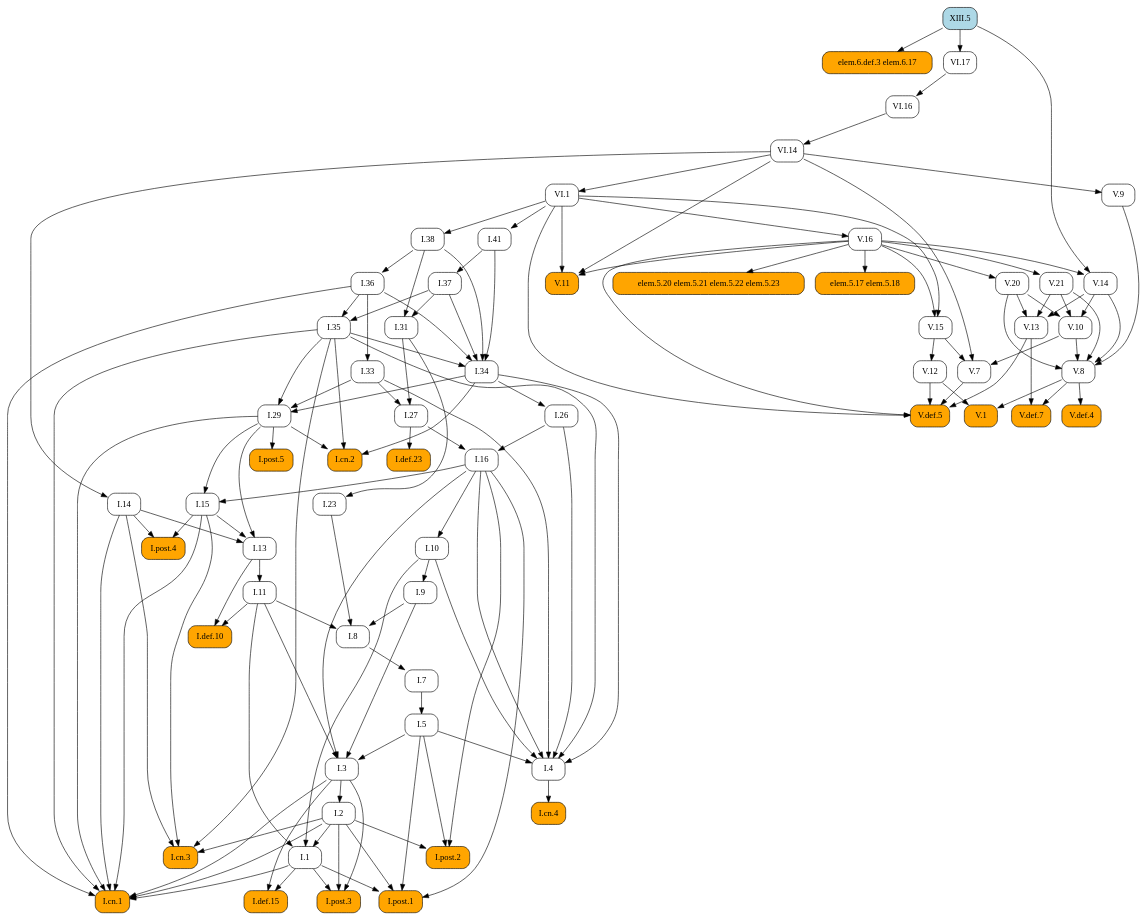
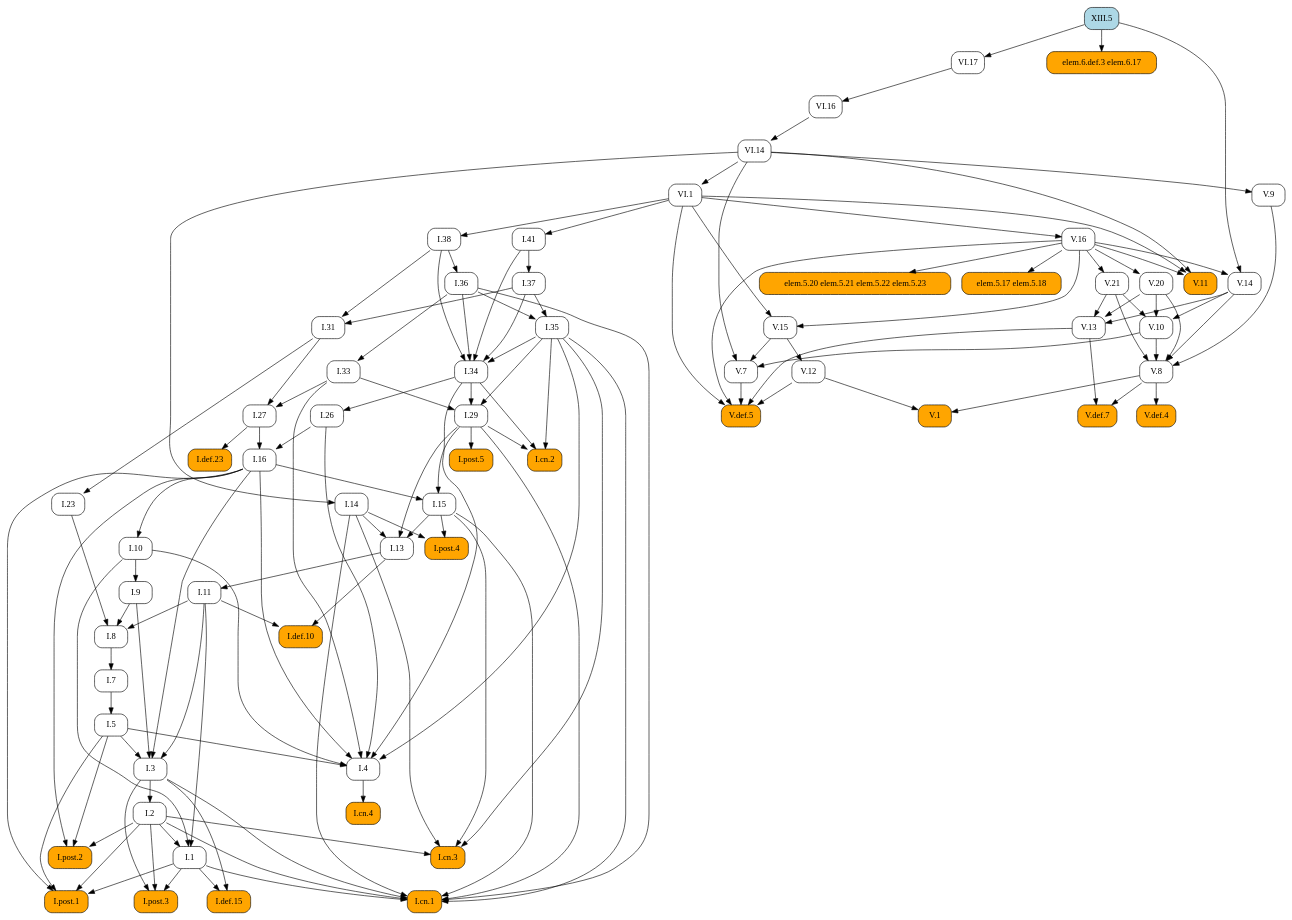
One commit to geometor/elements changed the diagram in docsrc/heath/XIII/5/index.rst. Above: the diagram before and after it, drawn with Graphviz. The commit also changed other lines of this file and 1029 other files, not shown here.

```diff
--- a/docsrc/heath/XIII/5/index.rst
+++ b/docsrc/heath/XIII/5/index.rst
@@ -47,181 +47,110 @@
    digraph {
      rankdir="TB";
      node [shape=box, style=rounded];
-     "V.1" [style="rounded,filled", fillcolor=orange, URL="/heath/V/1/", target="_top"];
+     "I.def.10" [style="rounded,filled", fillcolor=orange, URL="/heath/I/def.10/", target="_top"];
+     "I.11" [URL="/heath/I/11/", target="_top"];
+     "I.post.4" [style="rounded,filled", fillcolor=orange, URL="/heath/I/post.4/", target="_top"];
+     "I.1" [URL="/heath/I/1/", target="_top"];
+     "I.26" [URL="/heath/I/26/", target="_top"];
+     "V.14" [URL="/heath/V/14/", target="_top"];
+     "V.def.5" [style="rounded,filled", fillcolor=orange, URL="/heath/V/def.5/", target="_top"];
+     "I.29" [URL="/heath/I/29/", target="_top"];
+     "V.12" [URL="/heath/V/12/", target="_top"];
+     "I.cn.2" [style="rounded,filled", fillcolor=orange, URL="/heath/I/cn.2/", target="_top"];
+     "V.10" [URL="/heath/V/10/", target="_top"];
+     "V.13" [URL="/heath/V/13/", target="_top"];
+     "V.11" [style="rounded,filled", fillcolor=orange, URL="/heath/V/11/", target="_top"];
+     "V.20" [URL="/heath/V/20/", target="_top"];
+     "I.def.15" [style="rounded,filled", fillcolor=orange, URL="/heath/I/def.15/", target="_top"];
+     "elem.6.def.3 elem.6.17" [style="rounded,filled", fillcolor=orange];
+     "V.15" [URL="/heath/V/15/", target="_top"];
+     "VI.1" [URL="/heath/VI/1/", target="_top"];
+     "I.post.3" [style="rounded,filled", fillcolor=orange, URL="/heath/I/post.3/", target="_top"];
+     "I.cn.1" [style="rounded,filled", fillcolor=orange, URL="/heath/I/cn.1/", target="_top"];
      "I.cn.3" [style="rounded,filled", fillcolor=orange, URL="/heath/I/cn.3/", target="_top"];
-     "I.29" [URL="/heath/I/29/", target="_top"];
-     "I.7" [URL="/heath/I/7/", target="_top"];
+     "V.7" [URL="/heath/V/7/", target="_top"];
+     "VI.17" [URL="/heath/VI/17/", target="_top"];
+     "I.14" [URL="/heath/I/14/", target="_top"];
+     "V.9" [URL="/heath/V/9/", target="_top"];
+     "V.16" [URL="/heath/V/16/", target="_top"];
+     "I.23" [URL="/heath/I/23/", target="_top"];
+     "I.post.1" [style="rounded,filled", fillcolor=orange, URL="/heath/I/post.1/", target="_top"];
+     "XIII.5" [style="rounded,filled", fillcolor=lightblue, URL="/heath/XIII/5/", target="_top"];
+     "I.35" [URL="/heath/I/35/", target="_top"];
+     "V.8" [URL="/heath/V/8/", target="_top"];
+     "I.41" [URL="/heath/I/41/", target="_top"];
+     "I.36" [URL="/heath/I/36/", target="_top"];
      "I.27" [URL="/heath/I/27/", target="_top"];
-     "I.38" [URL="/heath/I/38/", target="_top"];
-     "V.16" [URL="/heath/V/16/", target="_top"];
-     "V.15" [URL="/heath/V/15/", target="_top"];
      "I.37" [URL="/heath/I/37/", target="_top"];
      "I.34" [URL="/heath/I/34/", target="_top"];
-     "V.20" [URL="/heath/V/20/", target="_top"];
+     "I.3" [URL="/heath/I/3/", target="_top"];
+     "I.7" [URL="/heath/I/7/", target="_top"];
+     "I.2" [URL="/heath/I/2/", target="_top"];
+     "I.4" [URL="/heath/I/4/", target="_top"];
+     "I.def.23" [style="rounded,filled", fillcolor=orange, URL="/heath/I/def.23/", target="_top"];
+     "I.13" [URL="/heath/I/13/", target="_top"];
+     "I.33" [URL="/heath/I/33/", target="_top"];
+     "I.31" [URL="/heath/I/31/", target="_top"];
+     "I.post.2" [style="rounded,filled", fillcolor=orange, URL="/heath/I/post.2/", target="_top"];
+     "V.1" [style="rounded,filled", fillcolor=orange, URL="/heath/V/1/", target="_top"];
+     "I.16" [URL="/heath/I/16/", target="_top"];
+     "elem.5.20 elem.5.21 elem.5.22 elem.5.23" [style="rounded,filled", fillcolor=orange];
+     "elem.5.17 elem.5.18" [style="rounded,filled", fillcolor=orange];
+     "I.9" [URL="/heath/I/9/", target="_top"];
      "I.8" [URL="/heath/I/8/", target="_top"];
-     "I.def.23" [style="rounded,filled", fillcolor=orange, URL="/heath/I/def.23/", target="_top"];
-     "elem.6.def.3 elem.6.17" [style="rounded,filled", fillcolor=orange];
      "V.def.4" [style="rounded,filled", fillcolor=orange, URL="/heath/V/def.4/", target="_top"];
-     "V.21" [URL="/heath/V/21/", target="_top"];
-     "I.9" [URL="/heath/I/9/", target="_top"];
-     "V.8" [URL="/heath/V/8/", target="_top"];
-     "I.post.4" [style="rounded,filled", fillcolor=orange, URL="/heath/I/post.4/", target="_top"];
-     "I.2" [URL="/heath/I/2/", target="_top"];
-     "V.7" [URL="/heath/V/7/", target="_top"];
-     "I.1" [URL="/heath/I/1/", target="_top"];
-     "I.def.15" [style="rounded,filled", fillcolor=orange, URL="/heath/I/def.15/", target="_top"];
-     "V.13" [URL="/heath/V/13/", target="_top"];
-     "I.post.1" [style="rounded,filled", fillcolor=orange, URL="/heath/I/post.1/", target="_top"];
-     "VI.17" [URL="/heath/VI/17/", target="_top"];
+     "VI.16" [URL="/heath/VI/16/", target="_top"];
      "VI.14" [URL="/heath/VI/14/", target="_top"];
      "I.cn.4" [style="rounded,filled", fillcolor=orange, URL="/heath/I/cn.4/", target="_top"];
-     "I.26" [URL="/heath/I/26/", target="_top"];
-     "I.33" [URL="/heath/I/33/", target="_top"];
+     "I.15" [URL="/heath/I/15/", target="_top"];
+     "I.post.5" [style="rounded,filled", fillcolor=orange, URL="/heath/I/post.5/", target="_top"];
+     "I.38" [URL="/heath/I/38/", target="_top"];
      "V.def.7" [style="rounded,filled", fillcolor=orange, URL="/heath/V/def.7/", target="_top"];
-     "elem.5.20 elem.5.21 elem.5.22 elem.5.23" [style="rounded,filled", fillcolor=orange];
-     "I.23" [URL="/heath/I/23/", target="_top"];
-     "I.13" [URL="/heath/I/13/", target="_top"];
-     "I.cn.2" [style="rounded,filled", fillcolor=orange, URL="/heath/I/cn.2/", target="_top"];
+     "I.10" [URL="/heath/I/10/", target="_top"];
      "I.5" [URL="/heath/I/5/", target="_top"];
-     "I.11" [URL="/heath/I/11/", target="_top"];
-     "V.10" [URL="/heath/V/10/", target="_top"];
-     "I.10" [URL="/heath/I/10/", target="_top"];
-     "I.4" [URL="/heath/I/4/", target="_top"];
-     "I.3" [URL="/heath/I/3/", target="_top"];
-     "I.16" [URL="/heath/I/16/", target="_top"];
-     "VI.16" [URL="/heath/VI/16/", target="_top"];
-     "XIII.5" [style="rounded,filled", fillcolor=lightblue, URL="/heath/XIII/5/", target="_top"];
-     "I.31" [URL="/heath/I/31/", target="_top"];
-     "I.def.10" [style="rounded,filled", fillcolor=orange, URL="/heath/I/def.10/", target="_top"];
-     "V.11" [style="rounded,filled", fillcolor=orange, URL="/heath/V/11/", target="_top"];
-     "I.post.2" [style="rounded,filled", fillcolor=orange, URL="/heath/I/post.2/", target="_top"];
-     "I.post.3" [style="rounded,filled", fillcolor=orange, URL="/heath/I/post.3/", target="_top"];
-     "VI.1" [URL="/heath/VI/1/", target="_top"];
-     "V.9" [URL="/heath/V/9/", target="_top"];
-     "I.post.5" [style="rounded,filled", fillcolor=orange, URL="/heath/I/post.5/", target="_top"];
-     "elem.5.17 elem.5.18" [style="rounded,filled", fillcolor=orange];
-     "I.14" [URL="/heath/I/14/", target="_top"];
-     "I.36" [URL="/heath/I/36/", target="_top"];
-     "V.12" [URL="/heath/V/12/", target="_top"];
-     "I.35" [URL="/heath/I/35/", target="_top"];
-     "I.15" [URL="/heath/I/15/", target="_top"];
-     "I.cn.1" [style="rounded,filled", fillcolor=orange, URL="/heath/I/cn.1/", target="_top"];
-     "I.41" [URL="/heath/I/41/", target="_top"];
-     "V.def.5" [style="rounded,filled", fillcolor=orange, URL="/heath/V/def.5/", target="_top"];
-     "V.14" [URL="/heath/V/14/", target="_top"];
-     "V.8" -> "V.1";
-     "V.12" -> "V.1";
-     "I.2" -> "I.cn.3";
-     "I.14" -> "I.cn.3";
-     "I.15" -> "I.cn.3";
-     "I.35" -> "I.cn.3";
+     "V.21" [URL="/heath/V/21/", target="_top"];
+     "I.11" -> "I.def.10";
+     "I.13" -> "I.def.10";
+     "I.13" -> "I.11";
+     "I.14" -> "I.post.4";
+     "I.15" -> "I.post.4";
+     "I.2" -> "I.1";
+     "I.10" -> "I.1";
+     "I.11" -> "I.1";
+     "I.34" -> "I.26";
+     "V.16" -> "V.14";
+     "XIII.5" -> "V.14";
+     "V.7" -> "V.def.5";
+     "V.12" -> "V.def.5";
+     "V.13" -> "V.def.5";
+     "V.16" -> "V.def.5";
+     "VI.1" -> "V.def.5";
      "I.33" -> "I.29";
      "I.34" -> "I.29";
      "I.35" -> "I.29";
-     "I.8" -> "I.7";
-     "I.31" -> "I.27";
-     "I.33" -> "I.27";
-     "VI.1" -> "I.38";
-     "VI.1" -> "V.16";
-     "V.16" -> "V.15";
-     "VI.1" -> "V.15";
-     "I.41" -> "I.37";
-     "I.35" -> "I.34";
-     "I.36" -> "I.34";
-     "I.37" -> "I.34";
-     "I.38" -> "I.34";
-     "I.41" -> "I.34";
-     "V.16" -> "V.20";
-     "I.9" -> "I.8";
-     "I.11" -> "I.8";
-     "I.23" -> "I.8";
-     "I.27" -> "I.def.23";
-     "XIII.5" -> "elem.6.def.3 elem.6.17";
-     "V.8" -> "V.def.4";
-     "V.16" -> "V.21";
-     "I.10" -> "I.9";
-     "V.9" -> "V.8";
-     "V.10" -> "V.8";
-     "V.14" -> "V.8";
-     "V.20" -> "V.8";
-     "V.21" -> "V.8";
-     "I.14" -> "I.post.4";
-     "I.15" -> "I.post.4";
-     "I.3" -> "I.2";
-     "V.10" -> "V.7";
-     "V.15" -> "V.7";
-     "VI.14" -> "V.7";
-     "I.2" -> "I.1";
-     "I.10" -> "I.1";
-     "I.11" -> "I.1";
-     "I.1" -> "I.def.15";
-     "I.3" -> "I.def.15";
+     "V.15" -> "V.12";
+     "I.29" -> "I.cn.2";
+     "I.34" -> "I.cn.2";
+     "I.35" -> "I.cn.2";
+     "V.14" -> "V.10";
+     "V.20" -> "V.10";
+     "V.21" -> "V.10";
      "V.14" -> "V.13";
      "V.20" -> "V.13";
      "V.21" -> "V.13";
-     "I.1" -> "I.post.1";
-     "I.2" -> "I.post.1";
-     "I.5" -> "I.post.1";
-     "I.16" -> "I.post.1";
-     "XIII.5" -> "VI.17";
-     "VI.16" -> "VI.14";
-     "I.4" -> "I.cn.4";
-     "I.34" -> "I.26";
-     "I.36" -> "I.33";
-     "V.8" -> "V.def.7";
-     "V.13" -> "V.def.7";
-     "V.16" -> "elem.5.20 elem.5.21 elem.5.22 elem.5.23";
-     "I.31" -> "I.23";
-     "I.14" -> "I.13";
-     "I.15" -> "I.13";
-     "I.29" -> "I.13";
-     "I.29" -> "I.cn.2";
-     "I.34" -> "I.cn.2";
-     "I.35" -> "I.cn.2";
-     "I.7" -> "I.5";
-     "I.13" -> "I.11";
-     "V.14" -> "V.10";
-     "V.20" -> "V.10";
-     "V.21" -> "V.10";
-     "I.16" -> "I.10";
-     "I.5" -> "I.4";
-     "I.10" -> "I.4";
-     "I.16" -> "I.4";
-     "I.26" -> "I.4";
-     "I.33" -> "I.4";
-     "I.34" -> "I.4";
-     "I.35" -> "I.4";
-     "I.5" -> "I.3";
-     "I.9" -> "I.3";
-     "I.11" -> "I.3";
-     "I.16" -> "I.3";
-     "I.26" -> "I.16";
-     "I.27" -> "I.16";
-     "VI.17" -> "VI.16";
-     "I.37" -> "I.31";
-     "I.38" -> "I.31";
-     "I.11" -> "I.def.10";
-     "I.13" -> "I.def.10";
      "V.16" -> "V.11";
      "VI.1" -> "V.11";
      "VI.14" -> "V.11";
-     "I.2" -> "I.post.2";
-     "I.5" -> "I.post.2";
-     "I.16" -> "I.post.2";
+     "V.16" -> "V.20";
+     "I.1" -> "I.def.15";
+     "I.3" -> "I.def.15";
+     "XIII.5" -> "elem.6.def.3 elem.6.17";
+     "V.16" -> "V.15";
+     "VI.1" -> "V.15";
+     "VI.14" -> "VI.1";
      "I.1" -> "I.post.3";
      "I.2" -> "I.post.3";
      "I.3" -> "I.post.3";
-     "VI.14" -> "VI.1";
-     "VI.14" -> "V.9";
-     "I.29" -> "I.post.5";
-     "V.16" -> "elem.5.17 elem.5.18";
-     "VI.14" -> "I.14";
-     "I.38" -> "I.36";
-     "V.15" -> "V.12";
-     "I.36" -> "I.35";
-     "I.37" -> "I.35";
-     "I.16" -> "I.15";
-     "I.29" -> "I.15";
      "I.1" -> "I.cn.1";
      "I.2" -> "I.cn.1";
      "I.3" -> "I.cn.1";
@@ -230,12 +159,83 @@
      "I.29" -> "I.cn.1";
      "I.35" -> "I.cn.1";
      "I.36" -> "I.cn.1";
+     "I.2" -> "I.cn.3";
+     "I.14" -> "I.cn.3";
+     "I.15" -> "I.cn.3";
+     "I.35" -> "I.cn.3";
+     "V.10" -> "V.7";
+     "V.15" -> "V.7";
+     "VI.14" -> "V.7";
+     "XIII.5" -> "VI.17";
+     "VI.14" -> "I.14";
+     "VI.14" -> "V.9";
+     "VI.1" -> "V.16";
+     "I.31" -> "I.23";
+     "I.1" -> "I.post.1";
+     "I.2" -> "I.post.1";
+     "I.5" -> "I.post.1";
+     "I.16" -> "I.post.1";
+     "I.36" -> "I.35";
+     "I.37" -> "I.35";
+     "V.9" -> "V.8";
+     "V.10" -> "V.8";
+     "V.14" -> "V.8";
+     "V.20" -> "V.8";
+     "V.21" -> "V.8";
      "VI.1" -> "I.41";
-     "V.7" -> "V.def.5";
-     "V.12" -> "V.def.5";
-     "V.13" -> "V.def.5";
-     "V.16" -> "V.def.5";
-     "VI.1" -> "V.def.5";
-     "V.16" -> "V.14";
-     "XIII.5" -> "V.14";
+     "I.38" -> "I.36";
+     "I.31" -> "I.27";
+     "I.33" -> "I.27";
+     "I.41" -> "I.37";
+     "I.35" -> "I.34";
+     "I.36" -> "I.34";
+     "I.37" -> "I.34";
+     "I.38" -> "I.34";
+     "I.41" -> "I.34";
+     "I.5" -> "I.3";
+     "I.9" -> "I.3";
+     "I.11" -> "I.3";
+     "I.16" -> "I.3";
+     "I.8" -> "I.7";
+     "I.3" -> "I.2";
+     "I.5" -> "I.4";
+     "I.10" -> "I.4";
+     "I.16" -> "I.4";
+     "I.26" -> "I.4";
+     "I.33" -> "I.4";
+     "I.34" -> "I.4";
+     "I.35" -> "I.4";
+     "I.27" -> "I.def.23";
+     "I.14" -> "I.13";
+     "I.15" -> "I.13";
+     "I.29" -> "I.13";
+     "I.36" -> "I.33";
+     "I.37" -> "I.31";
+     "I.38" -> "I.31";
+     "I.2" -> "I.post.2";
+     "I.5" -> "I.post.2";
+     "I.16" -> "I.post.2";
+     "V.8" -> "V.1";
+     "V.12" -> "V.1";
+     "I.26" -> "I.16";
+     "I.27" -> "I.16";
+     "V.16" -> "elem.5.20 elem.5.21 elem.5.22 elem.5.23";
+     "V.16" -> "elem.5.17 elem.5.18";
+     "I.10" -> "I.9";
+     "I.9" -> "I.8";
+     "I.11" -> "I.8";
+     "I.23" -> "I.8";
+     "V.8" -> "V.def.4";
+     "VI.17" -> "VI.16";
+     "VI.16" -> "VI.14";
+     "I.4" -> "I.cn.4";
+     "I.16" -> "I.15";
+     "I.29" -> "I.15";
+     "I.29" -> "I.post.5";
+     "VI.1" -> "I.38";
+     "V.8" -> "V.def.7";
+     "V.13" -> "V.def.7";
+     "I.16" -> "I.10";
+     "I.7" -> "I.5";
+     "V.16" -> "V.21";
    }
```
